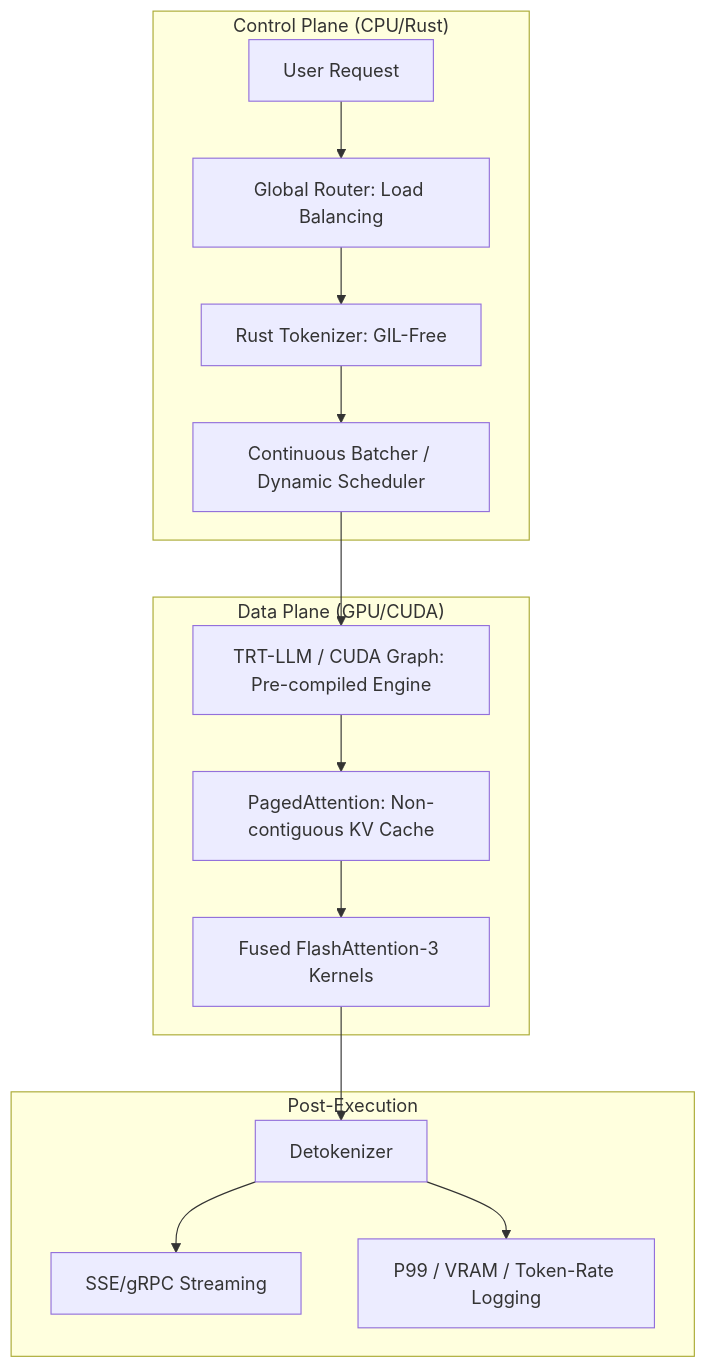
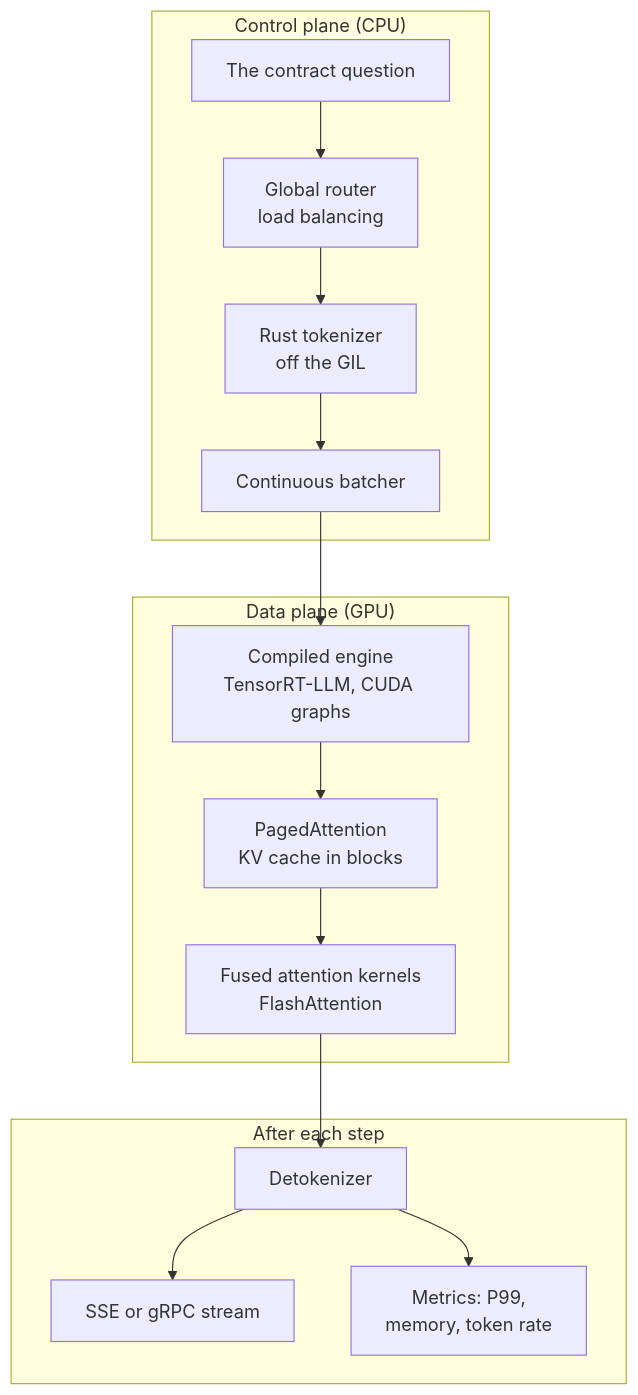
The third of 3 diagrams in src/data/blog/mlops/life-of-a-tensor-production-inference.md (gopikrishtummala/gopikrishtummala.github.io), drawn with Mermaid before and after one commit. The commit also changed other lines of this file, not shown here.

First line of the commit message:
Restyle Module 5b (life of a request) to style.md

````diff
--- a/src/data/blog/mlops/life-of-a-tensor-production-inference.md
+++ b/src/data/blog/mlops/life-of-a-tensor-production-inference.md
@@ -244,31 +119,18 @@
 ```mermaid
-graph TD
-    subgraph "Control Plane (CPU/Rust)"
-        Req[User Request]
-        Router[Global Router: Load Balancing]
-        Tok[Rust Tokenizer: GIL-Free]
-        Batcher[Continuous Batcher / Dynamic Scheduler]
-    end
-
-    subgraph "Data Plane (GPU/CUDA)"
-        Compiled[TRT-LLM / CUDA Graph: Pre-compiled Engine]
-        PA[PagedAttention: Non-contiguous KV Cache]
-        Kernels[Fused FlashAttention-3 Kernels]
-    end
-
-    subgraph "Post-Execution"
-        Detok[Detokenizer]
-        Stream[SSE/gRPC Streaming]
-        Metrics[P99 / VRAM / Token-Rate Logging]
-    end
-
-    Req --> Router
-    Router --> Tok
-    Tok --> Batcher
-    Batcher --> Compiled
-    Compiled --> PA
-    PA --> Kernels
-    Kernels --> Detok
-    Detok --> Stream
-    Detok --> Metrics
+flowchart TD
+  subgraph Control["Control plane (CPU)"]
+    Req["The contract question"] --> Router["Global router<br/>load balancing"]
+    Router --> Tok["Rust tokenizer<br/>off the GIL"]
+    Tok --> Batcher["Continuous batcher"]
+  end
+  subgraph Data["Data plane (GPU)"]
+    Compiled["Compiled engine<br/>TensorRT-LLM, CUDA graphs"] --> PA["PagedAttention<br/>KV cache in blocks"]
+    PA --> Kernels["Fused attention kernels<br/>FlashAttention"]
+  end
+  subgraph Post["After each step"]
+    Detok["Detokenizer"] --> Stream["SSE or gRPC stream"]
+    Detok --> Metrics["Metrics: P99,<br/>memory, token rate"]
+  end
+  Batcher --> Compiled
+  Kernels --> Detok
 ```
````
